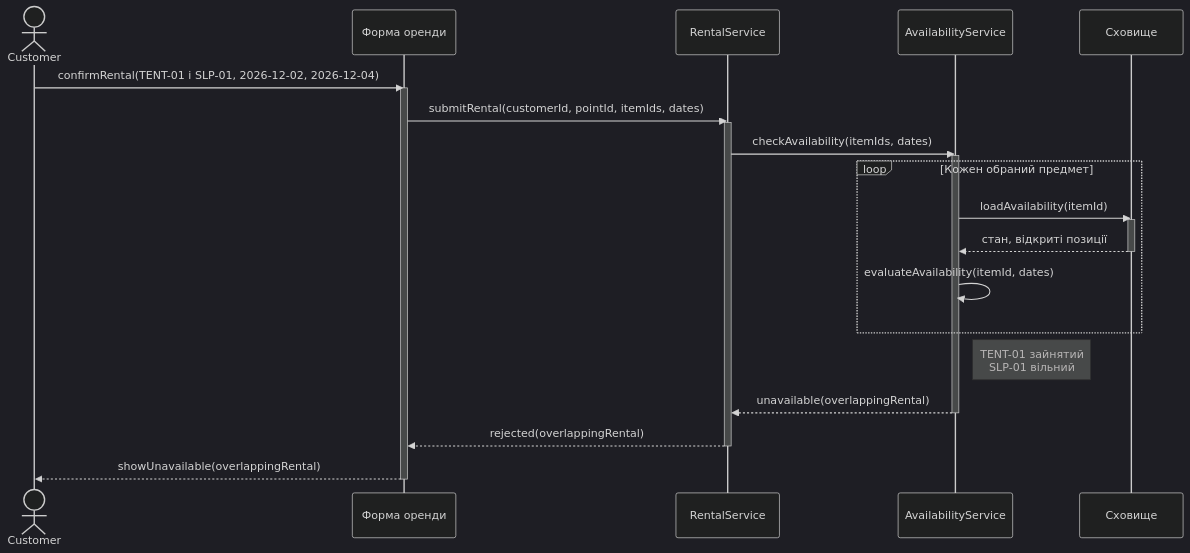
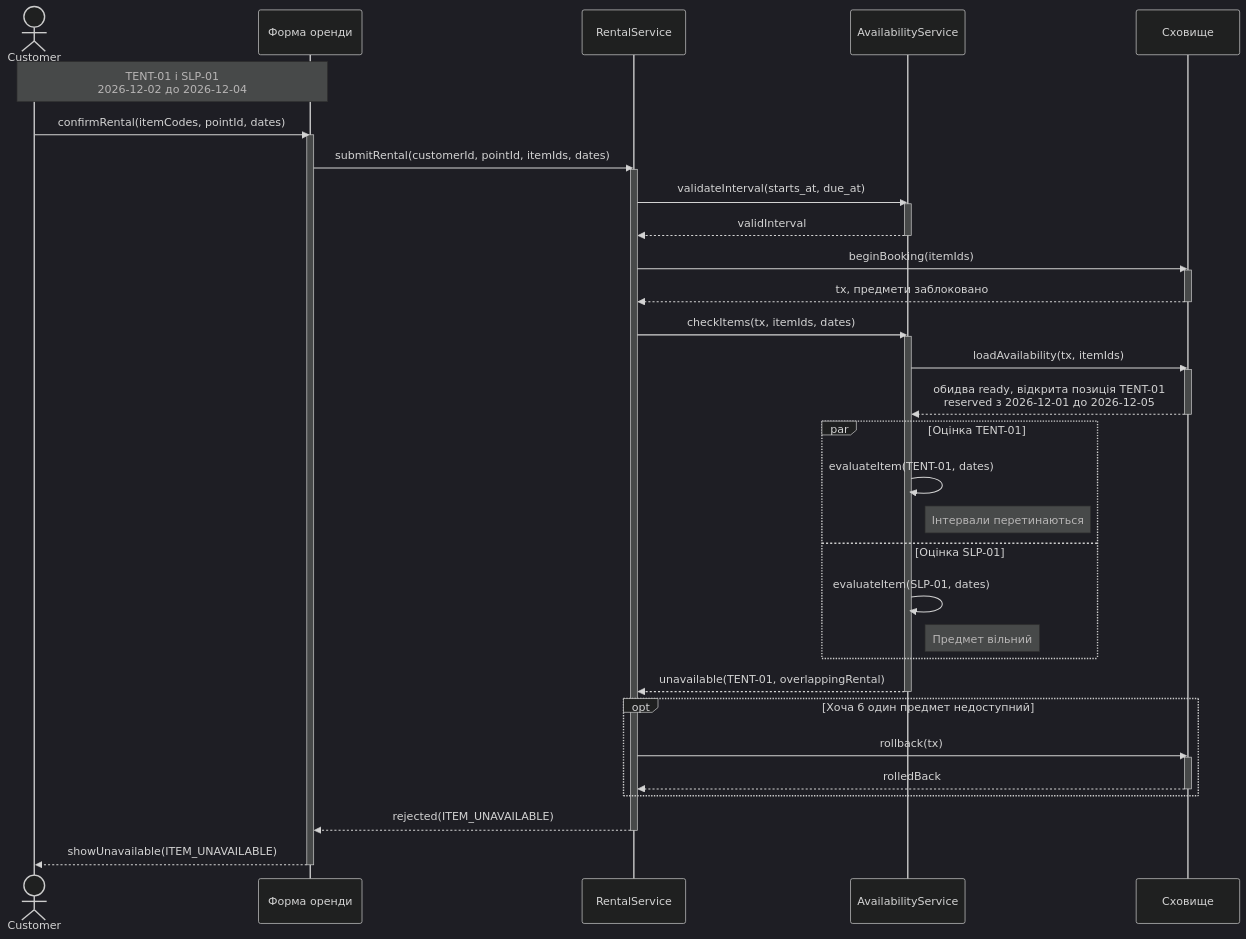
The sixth of 6 diagrams in Labs/lab-3/model.md (kirgafan/KPI_labs), drawn with Mermaid (dark theme) before and after one commit. The commit also changed other lines of this file, not shown here.

Commit message:
refactor(lab-3): regenerate sequences from audit feedback

````diff
--- a/Labs/lab-3/model.md
+++ b/Labs/lab-3/model.md
@@ -161,28 +240,46 @@
 ```mermaid
 sequenceDiagram
     actor C as Customer
     participant U as Форма оренди
     participant R as RentalService
     participant A as AvailabilityService
     participant S as Сховище
-    C->>U: confirmRental(TENT-01 і SLP-01, 2026-12-02, 2026-12-04)
+    Note over C,U: TENT-01 і SLP-01<br/>2026-12-02 до 2026-12-04
+    C->>U: confirmRental(itemCodes, pointId, dates)
     activate U
     U->>R: submitRental(customerId, pointId, itemIds, dates)
     activate R
-    R->>A: checkAvailability(itemIds, dates)
+    R->>A: validateInterval(starts_at, due_at)
     activate A
-    loop Кожен обраний предмет
-        A->>S: loadAvailability(itemId)
+    A-->>R: validInterval
+    deactivate A
+    R->>S: beginBooking(itemIds)
+    activate S
+    S-->>R: tx, предмети заблоковано
+    deactivate S
+    R->>A: checkItems(tx, itemIds, dates)
+    activate A
+    A->>S: loadAvailability(tx, itemIds)
+    activate S
+    S-->>A: обидва ready, відкрита позиція TENT-01<br/>reserved з 2026-12-01 до 2026-12-05
+    deactivate S
+    par Оцінка TENT-01
+        A->>A: evaluateItem(TENT-01, dates)
+        Note right of A: Інтервали перетинаються
+    and Оцінка SLP-01
+        A->>A: evaluateItem(SLP-01, dates)
+        Note right of A: Предмет вільний
+    end
+    A-->>R: unavailable(TENT-01, overlappingRental)
+    deactivate A
+    opt Хоча б один предмет недоступний
+        R->>S: rollback(tx)
         activate S
-        S-->>A: стан, відкриті позиції
+        S-->>R: rolledBack
         deactivate S
-        A->>A: evaluateAvailability(itemId, dates)
     end
-    Note right of A: TENT-01 зайнятий<br/>SLP-01 вільний
-    A-->>R: unavailable(overlappingRental)
-    deactivate A
-    R-->>U: rejected(overlappingRental)
+    R-->>U: rejected(ITEM_UNAVAILABLE)
     deactivate R
-    U-->>C: showUnavailable(overlappingRental)
+    U-->>C: showUnavailable(ITEM_UNAVAILABLE)
     deactivate U
 ```
````
